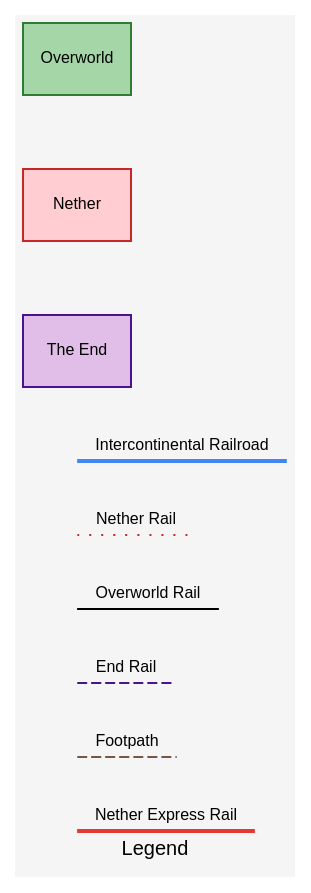
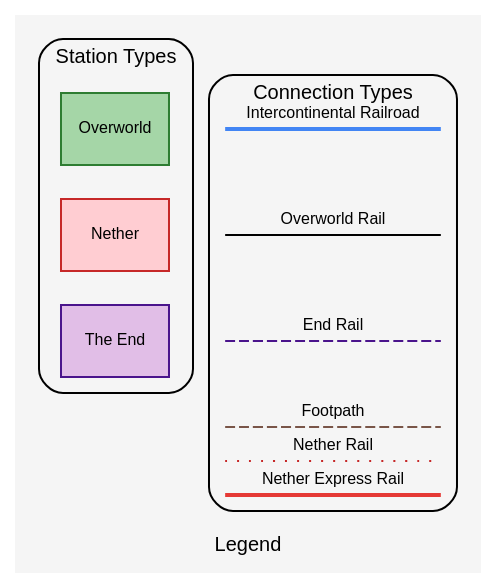
One commit to eatnumber1/minecraft-transit-map changed the diagram in legend.gv. Above: the diagram before and after it, drawn with Graphviz. The commit also changed 4 other files, not shown here.

```diff
--- a/legend.gv
+++ b/legend.gv
@@ -1,55 +1,83 @@
 digraph Legend {
+    //newrank=true;
     graph [
-        bgcolor="#F5F5F5",
-        fontname="Helvetica,Arial,sans-serif",
-        label="Legend",
-        fontcolor="black",
-        fontsize=10,
-        style=rounded
+        showboxes=2;
+        bgcolor="#F5F5F5";
+        fontname="Helvetica,Arial,sans-serif";
+        label="Legend";
+        fontcolor="black";
+        fontsize=10;
+        style=rounded;
+        //ranksep="0.02 equally";
+        ranksep=0.02;
     ];
     node [
-        fontname="Helvetica,Arial,sans-serif",
-        style=filled,
-        fontcolor="black",
-        fontsize=8,
+        fontname="Helvetica,Arial,sans-serif";
+        style=filled;
+        fontcolor="black";
+        fontsize=8;
         shape=box
     ];
     edge [
-        fontname="Helvetica,Arial,sans-serif",
+        fontname="Helvetica,Arial,sans-serif";
         fontsize=8
     ];
 
-    // Node Type Keys
-    Overworld_Key [label="Overworld", color="#2E7D32", fillcolor="#A5D6A7"];
-    Nether_Key [label="Nether", color="#C62828", fillcolor="#FFCDD2"];
-    End_Key [label="The End", color="#4A148C", fillcolor="#E1BEE7"];
+    rank=same;
+    subgraph cluster_stations {
+        label="Station Types";
+        // Node Type Keys
+        node [shape=box, style=filled, fontcolor="black", fontsize=8];
+        Overworld_Key [label="Overworld", color="#2E7D32", fillcolor="#A5D6A7"];
+        Nether_Key [label="Nether", color="#C62828", fillcolor="#FFCDD2"];
+        End_Key [label="The End", color="#4A148C", fillcolor="#E1BEE7"];
 
-    // Invisible nodes for line style keys
-    node [shape=point, width=0, height=0, label=""];
-    Rail_Key_Start; Rail_Key_End;
-    Nether_Rail_Key_Start; Nether_Rail_Key_End;
-    Overworld_Rail_Key_Start; Overworld_Rail_Key_End;
-    End_Rail_Key_Start; End_Rail_Key_End;
-    Footpath_Key_Start; Footpath_Key_End;
-    Nether_Express_Key_Start; Nether_Express_Key_End;
+        // Define vertical alignment
+        edge [style=invis, len=0.5];
+        Overworld_Key -> Nether_Key -> End_Key;
+    }
 
-    // Ensure horizontal alignment for line style keys
-    { rank=same; Rail_Key_Start; Rail_Key_End; }
-    { rank=same; Nether_Rail_Key_Start; Nether_Rail_Key_End; }
-    { rank=same; Overworld_Rail_Key_Start; Overworld_Rail_Key_End; }
-    { rank=same; End_Rail_Key_Start; End_Rail_Key_End; }
-    { rank=same; Footpath_Key_Start; Footpath_Key_End; }
-    { rank=same; Nether_Express_Key_Start; Nether_Express_Key_End; }
+    subgraph cluster_connections {
+        label="Connection Types";
+        //ranksep=1;
 
-    // Define vertical alignment using invisible edges
-    edge [style=invis, len=0.5];
-    Overworld_Key -> Nether_Key -> End_Key -> Rail_Key_Start -> Nether_Rail_Key_Start -> Overworld_Rail_Key_Start -> End_Rail_Key_Start -> Footpath_Key_Start -> Nether_Express_Key_Start;
-    
-    // Draw the visible edges for the legend line styles
-    Rail_Key_Start -> Rail_Key_End [dir=none, style=bold, color="#4285F4", label="Intercontinental Railroad"];
-    Nether_Rail_Key_Start -> Nether_Rail_Key_End [dir=none, style=dotted, color="#C62828", label="Nether Rail"];
-    Overworld_Rail_Key_Start -> Overworld_Rail_Key_End [dir=none, style="", color="black", label="Overworld Rail"];
-    End_Rail_Key_Start -> End_Rail_Key_End [dir=none, style=dashed, color="#4A148C", label="End Rail"];
-    Footpath_Key_Start -> Footpath_Key_End [dir=none, style=dashed, color="#795548", label="Footpath"];
-    Nether_Express_Key_Start -> Nether_Express_Key_End [dir=none, style=bold, color="#E53935", label="Nether Express Rail"];
+        // Node Type Keys
+        //node [shape=box, style=filled, fontcolor="black", fontsize=8];
+        //Overworld_Key [label="Overworld", color="#2E7D32", fillcolor="#A5D6A7"];
+        //Nether_Key [label="Nether", color="#C62828", fillcolor="#FFCDD2"];
+        //End_Key [label="The End", color="#4A148C", fillcolor="#E1BEE7"];
+
+        // Invisible nodes for the connection column
+        node [shape=point, width=0, height=0, label=""];
+        Intercont_Start; Intercont_End;
+        Overworld_Rail_Start; Overworld_Rail_End;
+        End_Rail_Start; End_Rail_End;
+        Footpath_Key_Start; Footpath_Key_End;
+        Nether_Rail_Start; Nether_Rail_End;
+        Nether_Express_Key_Start; Nether_Express_Key_End;
+
+        // Ensure horizontal alignment for line style keys
+        { rank=same; Intercont_Start; Intercont_End; }
+        { rank=same; Overworld_Rail_Start; Overworld_Rail_End; }
+        { rank=same; End_Rail_Start; End_Rail_End; }
+        { rank=same; Footpath_Key_Start; Footpath_Key_End; }
+        { rank=same; Nether_Express_Key_Start; Nether_Express_Key_End; }
+        { rank=same; Nether_Rail_Start; Nether_Rail_End; }
+
+        // Define vertical alignment
+        edge [style=invis, len=0.5];
+        //edge [minlen=1];
+        //edge [ranksep=3];
+        //edge [nodesep=1];
+        Intercont_Start -> Overworld_Rail_Start -> End_Rail_Start -> Footpath_Key_Start -> Nether_Rail_Start -> Nether_Express_Key_Start;
+
+        // Draw the visible edges for the legend line styles
+        edge [dir=none, minlen=3];
+        Intercont_Start -> Intercont_End [style=bold, color="#4285F4", label="Intercontinental Railroad"];
+        Overworld_Rail_Start -> Overworld_Rail_End [style="", color="black", label="Overworld Rail"];
+        End_Rail_Start -> End_Rail_End [style=dashed, color="#4A148C", label="End Rail"];
+        Footpath_Key_Start -> Footpath_Key_End [style=dashed, color="#795548", label="Footpath"];
+        Nether_Rail_Start -> Nether_Rail_End [style=dotted, color="#C62828", label="Nether Rail"];
+        Nether_Express_Key_Start -> Nether_Express_Key_End [style=bold, color="#E53935", label="Nether Express Rail"];
+    }
 }
```
